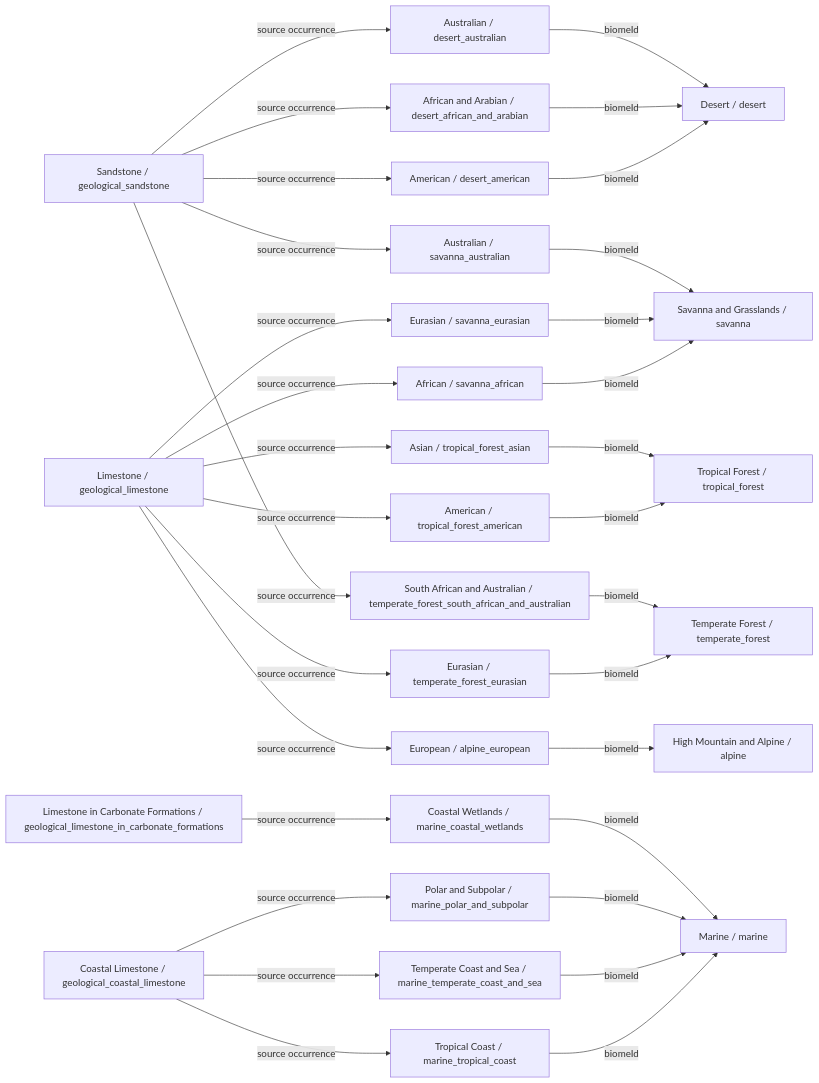
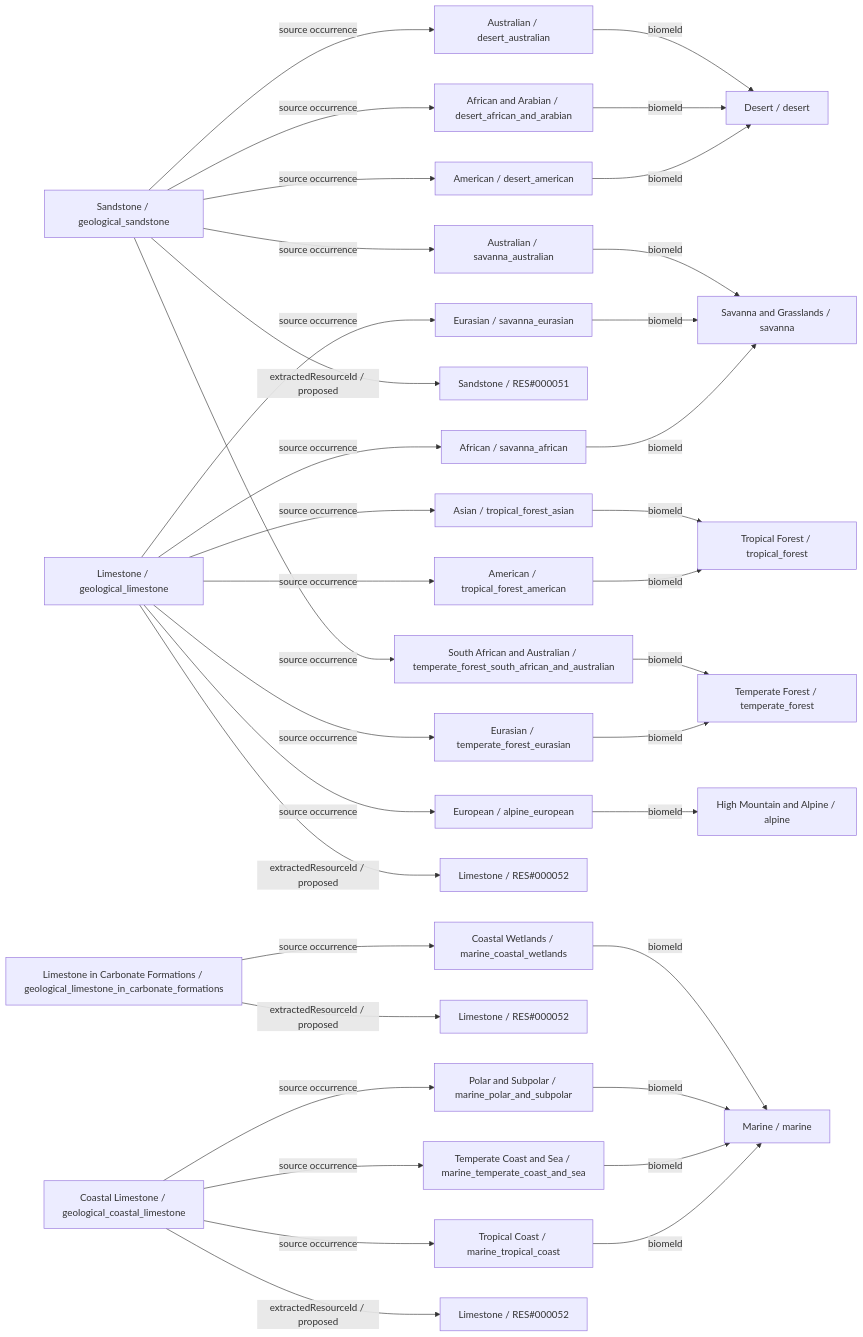
Before and after one commit to fgabo404/EvolveDoc: the third of 15 diagrams in data/minerals/DIAGRAMS.md, drawn with Mermaid. The commit also changed other lines of this file and 50 other files, not shown here.

````diff
--- a/data/minerals/DIAGRAMS.md
+++ b/data/minerals/DIAGRAMS.md
@@ -177,58 +193,66 @@
 ```mermaid
 flowchart LR
     c0["Sandstone / geological_sandstone"]
     v6["South African and Australian / temperate_forest_south_african_and_australian"]
     b1["Temperate Forest / temperate_forest"]
     v14["Australian / savanna_australian"]
     b3["Savanna and Grasslands / savanna"]
     v15["American / desert_american"]
     b4["Desert / desert"]
     v16["African and Arabian / desert_african_and_arabian"]
     v18["Australian / desert_australian"]
+    r0["Sandstone / RES#000051"]
     c1["Limestone / geological_limestone"]
     v0["American / tropical_forest_american"]
     b0["Tropical Forest / tropical_forest"]
     v2["Asian / tropical_forest_asian"]
     v4["Eurasian / temperate_forest_eurasian"]
     v11["African / savanna_african"]
     v13["Eurasian / savanna_eurasian"]
     v25["European / alpine_european"]
     b6["High Mountain and Alpine / alpine"]
+    r1["Limestone / RES#000052"]
     c2["Limestone in Carbonate Formations / geological_limestone_in_carbonate_formations"]
     v22["Coastal Wetlands / marine_coastal_wetlands"]
     b5["Marine / marine"]
+    r2["Limestone / RES#000052"]
     c3["Coastal Limestone / geological_coastal_limestone"]
     v19["Tropical Coast / marine_tropical_coast"]
     v20["Temperate Coast and Sea / marine_temperate_coast_and_sea"]
     v21["Polar and Subpolar / marine_polar_and_subpolar"]
+    r3["Limestone / RES#000052"]
+    c0 -->|extractedResourceId / proposed| r0
     c0 -->|source occurrence| v14
     c0 -->|source occurrence| v15
     c0 -->|source occurrence| v16
     c0 -->|source occurrence| v18
     c0 -->|source occurrence| v6
+    c1 -->|extractedResourceId / proposed| r1
     c1 -->|source occurrence| v0
     c1 -->|source occurrence| v11
     c1 -->|source occurrence| v13
     c1 -->|source occurrence| v2
     c1 -->|source occurrence| v25
     c1 -->|source occurrence| v4
+    c2 -->|extractedResourceId / proposed| r2
     c2 -->|source occurrence| v22
+    c3 -->|extractedResourceId / proposed| r3
     c3 -->|source occurrence| v19
     c3 -->|source occurrence| v20
     c3 -->|source occurrence| v21
     v0 -->|biomeId| b0
     v11 -->|biomeId| b3
     v13 -->|biomeId| b3
     v14 -->|biomeId| b3
     v15 -->|biomeId| b4
     v16 -->|biomeId| b4
     v18 -->|biomeId| b4
     v19 -->|biomeId| b5
     v2 -->|biomeId| b0
     v20 -->|biomeId| b5
     v21 -->|biomeId| b5
     v22 -->|biomeId| b5
     v25 -->|biomeId| b6
     v4 -->|biomeId| b1
     v6 -->|biomeId| b1
 ```
````
